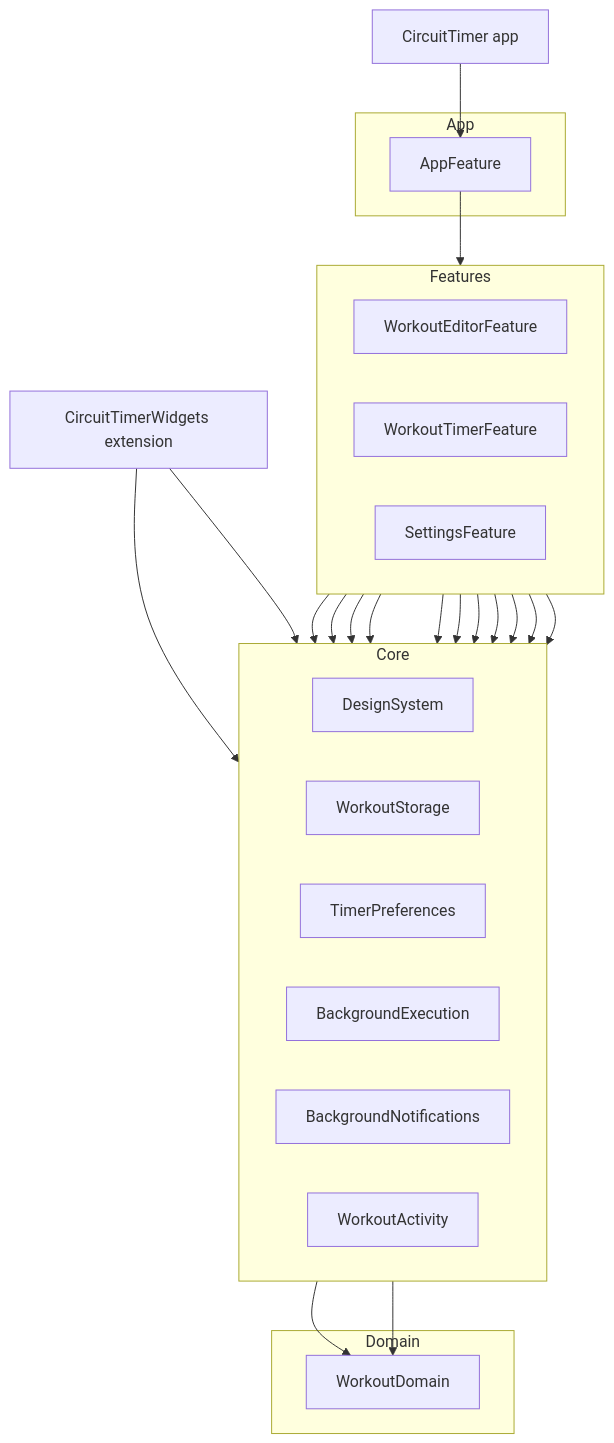
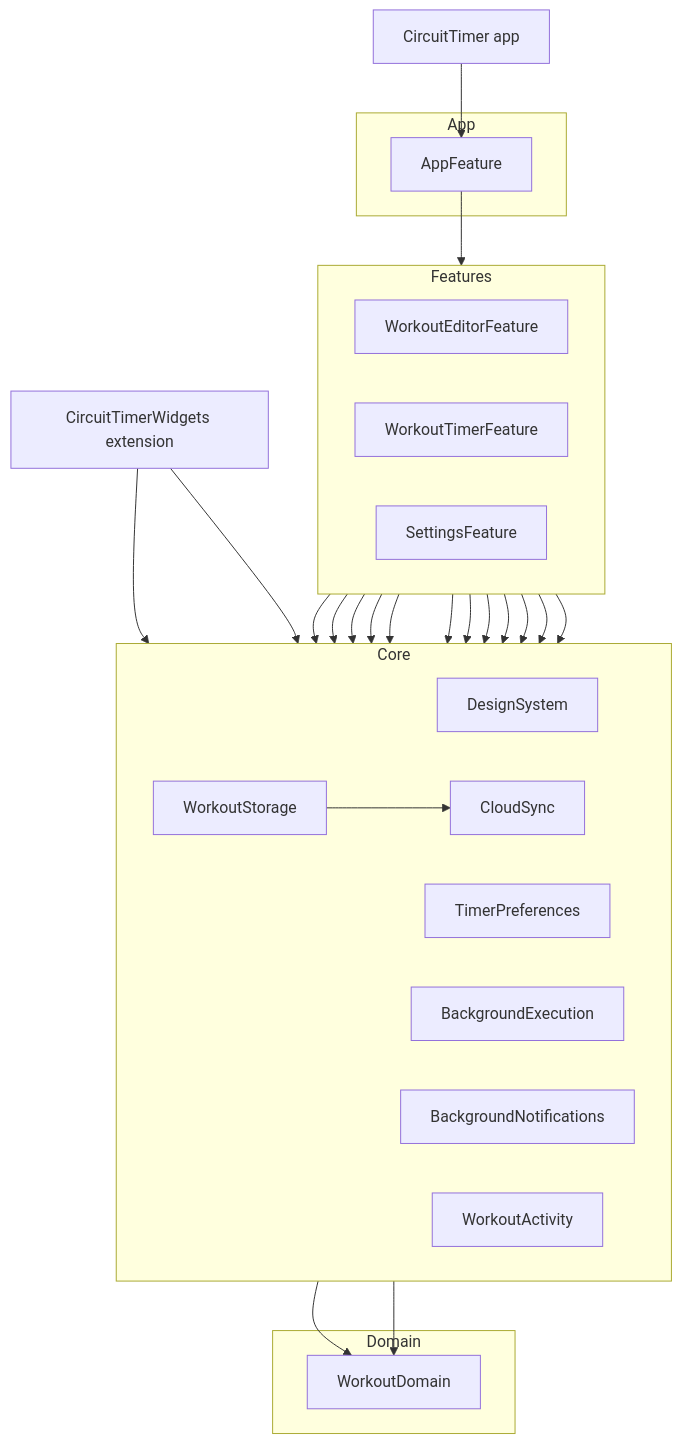
One commit to akrementsov/CircuitTimer changed the diagram in README.md. Above: the diagram before and after it, drawn with Mermaid. The commit also changed other lines of this file and 74 other files, not shown here.

First line of the commit message:
CT-5: Sync workouts through iCloud (#37)

````diff
--- a/README.md
+++ b/README.md
@@ -26,47 +26,50 @@
 ```mermaid
 flowchart TD
     Shell["CircuitTimer app"] --> AppFeature
 
     subgraph AppLayer["App"]
         AppFeature
     end
 
     subgraph Features
         direction LR
         WorkoutEditorFeature
         WorkoutTimerFeature
         SettingsFeature
     end
 
     subgraph Core
         direction LR
         DesignSystem
         WorkoutStorage
         TimerPreferences
         BackgroundExecution
         BackgroundNotifications
         WorkoutActivity
+        CloudSync
     end
 
     subgraph Domain
         WorkoutDomain
     end
 
     AppFeature --> Features
     WorkoutEditorFeature --> DesignSystem
     WorkoutEditorFeature --> WorkoutStorage
     WorkoutTimerFeature --> DesignSystem
     WorkoutTimerFeature --> WorkoutStorage
     WorkoutTimerFeature --> TimerPreferences
     WorkoutTimerFeature --> BackgroundExecution
     SettingsFeature --> DesignSystem
     SettingsFeature --> TimerPreferences
     SettingsFeature --> BackgroundNotifications
+    SettingsFeature --> CloudSync
     WorkoutTimerFeature --> BackgroundNotifications
     WorkoutTimerFeature --> WorkoutActivity
     WorkoutStorage --> WorkoutDomain
+    WorkoutStorage --> CloudSync
     WorkoutActivity --> WorkoutDomain
 
     Widgets["CircuitTimerWidgets extension"] --> WorkoutActivity
     Widgets --> DesignSystem
 ```
````
